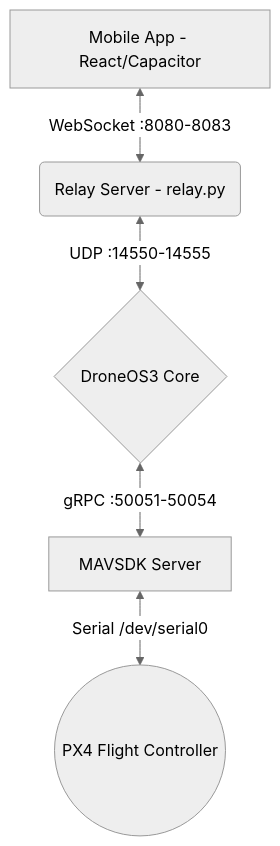
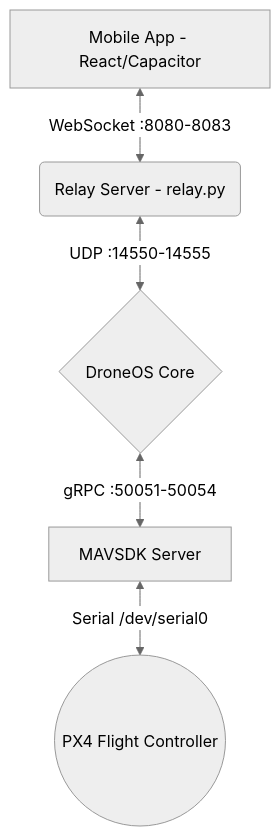
Before and after one commit to Debanshu2005/DroneSwarm: the diagram in README.md, drawn with Mermaid (neutral theme). The commit also changed other lines of this file and 1 other file, not shown here.

````diff
--- a/README.md
+++ b/README.md
@@ -41,7 +31,7 @@
 ```mermaid
 graph TD
     A[Mobile App - React/Capacitor] <-->|WebSocket :8080-8083| B(Relay Server - relay.py)
-    B <-->|UDP :14550-14555| C{DroneOS3 Core}
+    B <-->|UDP :14550-14555| C{DroneOS Core}
     C <-->|gRPC :50051-50054| D[MAVSDK Server]
     D <-->|Serial /dev/serial0| E((PX4 Flight Controller))
 ```
````
